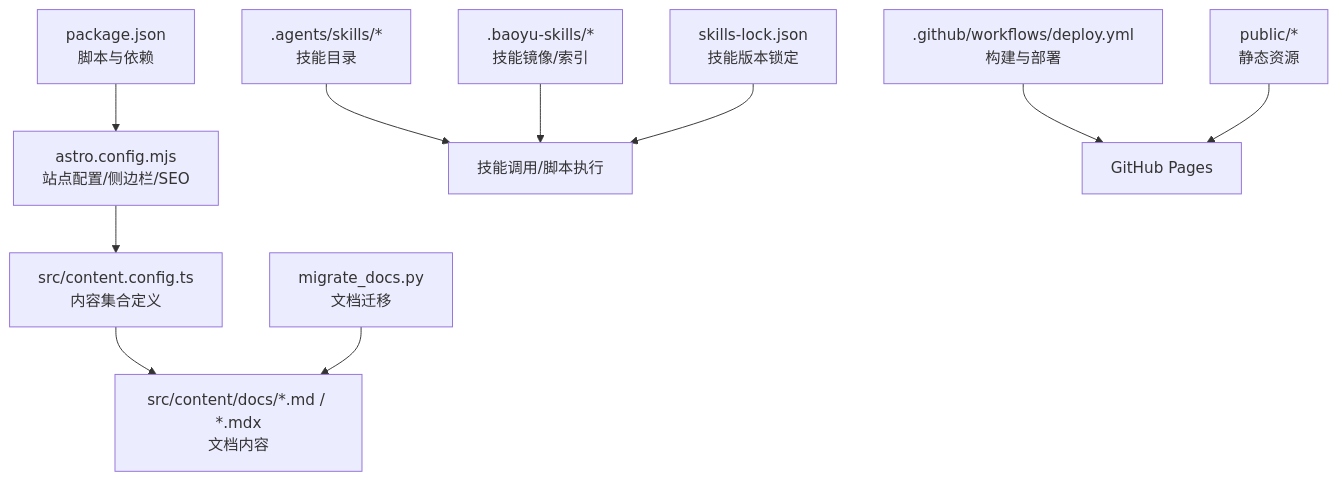
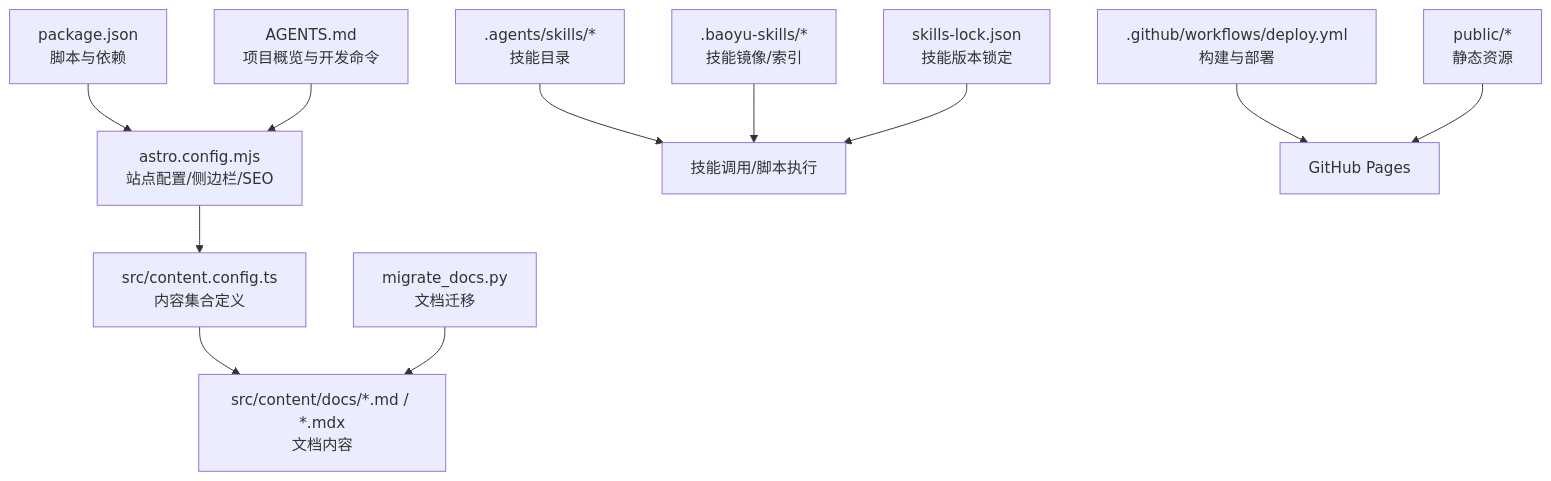
One commit to NTLx/ntlx.github.io changed the first of 3 diagrams in .qoder/repowiki/zh/content/贡献指南.md. Above: the diagram before and after it, drawn with Mermaid. The commit also changed other lines of this file and 7 other files, not shown here.

````diff
--- a/.qoder/repowiki/zh/content/贡献指南.md
+++ b/.qoder/repowiki/zh/content/贡献指南.md
@@ -45,12 +53,13 @@
 ```mermaid
 graph TB
 A["package.json<br/>脚本与依赖"] --> B["astro.config.mjs<br/>站点配置/侧边栏/SEO"]
 B --> C["src/content.config.ts<br/>内容集合定义"]
 C --> D["src/content/docs/*.md / *.mdx<br/>文档内容"]
 E[".agents/skills/*<br/>技能目录"] --> F["技能调用/脚本执行"]
 G[".baoyu-skills/*<br/>技能镜像/索引"] --> F
 H["skills-lock.json<br/>技能版本锁定"] --> F
 I[".github/workflows/deploy.yml<br/>构建与部署"] --> J["GitHub Pages"]
 K["public/*<br/>静态资源"] --> J
 L["migrate_docs.py<br/>文档迁移"] --> D
+M["AGENTS.md<br/>项目概览与开发命令"] --> B
 ```
````
